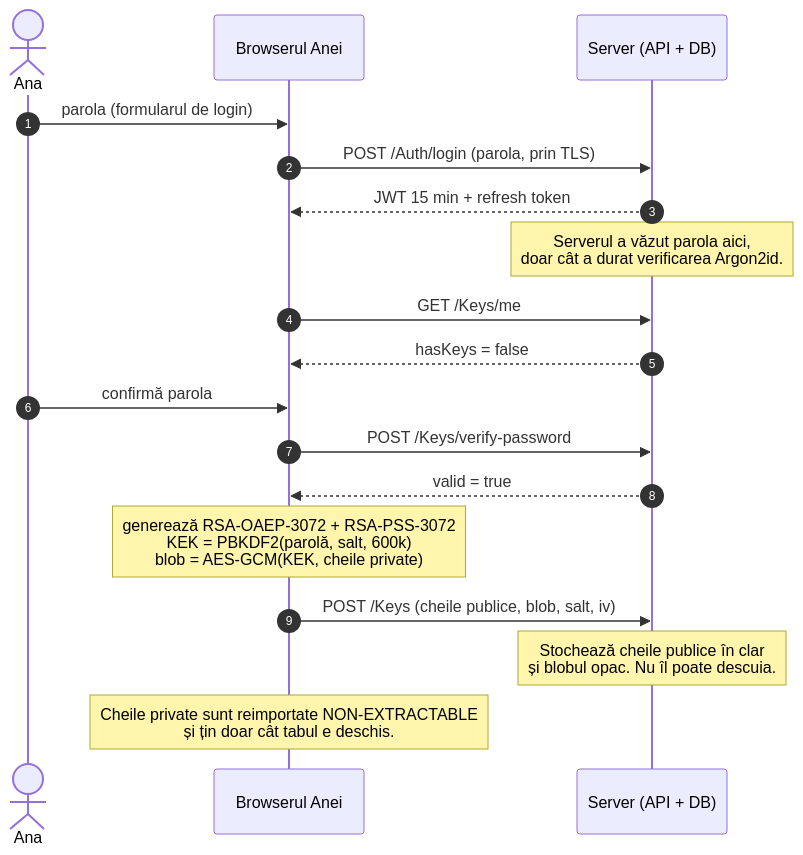
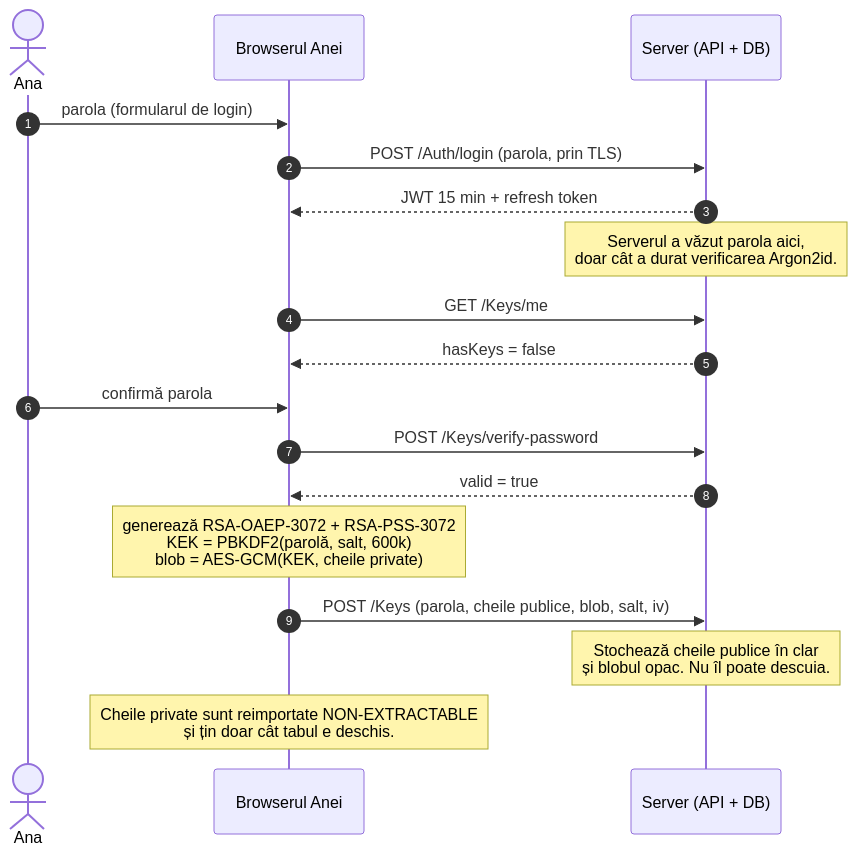
The second of 4 diagrams in README.md (Danielus-hehe/mai-secure-platform), drawn with Mermaid before and after one commit. The commit also changed other lines of this file and 15 other files, not shown here.

Commit message:
fix: sondele din /api/Stats/admin au limita de 3 s sec: TOTP de unica folosinta, esecuri 2FA in blocare, blocarea nu inchide sesiuni, parola la POST /Keys feat(frontend): amprenta ascunsa implicit, verificare SHA-256 la descarcarea documentelor docs: README si README migrari

````diff
--- a/README.md
+++ b/README.md
@@ -123,21 +124,21 @@
 ```mermaid
 sequenceDiagram
     autonumber
     actor A as Ana
     participant B as Browserul Anei
     participant S as Server (API + DB)
 
     A->>B: parola (formularul de login)
     B->>S: POST /Auth/login (parola, prin TLS)
     S-->>B: JWT 15 min + refresh token
     Note over S: Serverul a văzut parola aici,<br/>doar cât a durat verificarea Argon2id.
     B->>S: GET /Keys/me
     S-->>B: hasKeys = false
     A->>B: confirmă parola
     B->>S: POST /Keys/verify-password
     S-->>B: valid = true
     Note over B: generează RSA-OAEP-3072 + RSA-PSS-3072<br/>KEK = PBKDF2(parolă, salt, 600k)<br/>blob = AES-GCM(KEK, cheile private)
-    B->>S: POST /Keys (cheile publice, blob, salt, iv)
+    B->>S: POST /Keys (parola, cheile publice, blob, salt, iv)
     Note over S: Stochează cheile publice în clar<br/>și blobul opac. Nu îl poate descuia.
     Note over B: Cheile private sunt reimportate NON-EXTRACTABLE<br/>și țin doar cât tabul e deschis.
 ```
````
